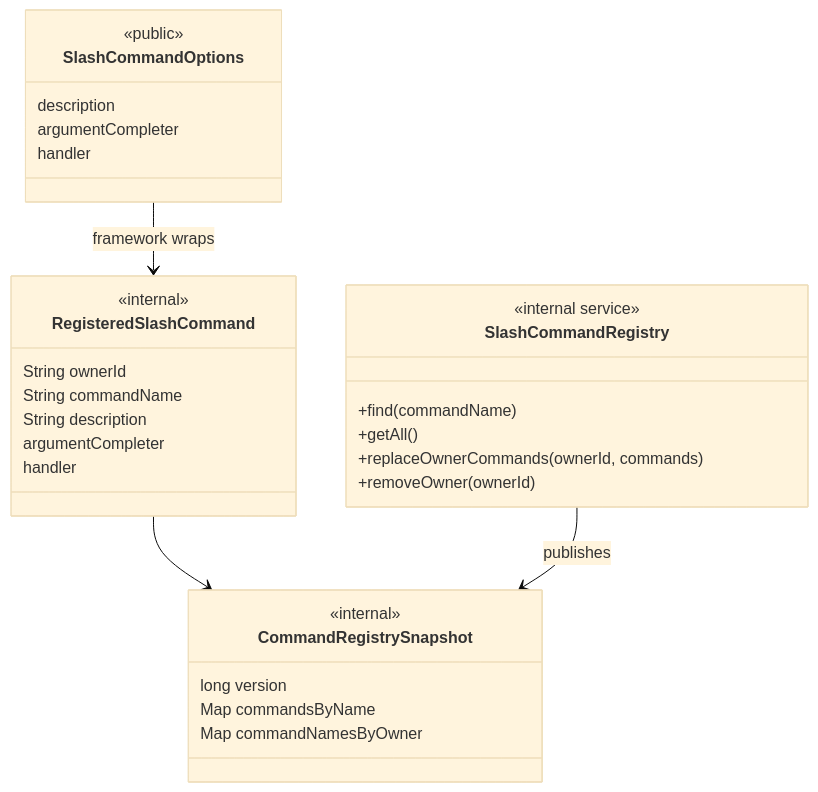
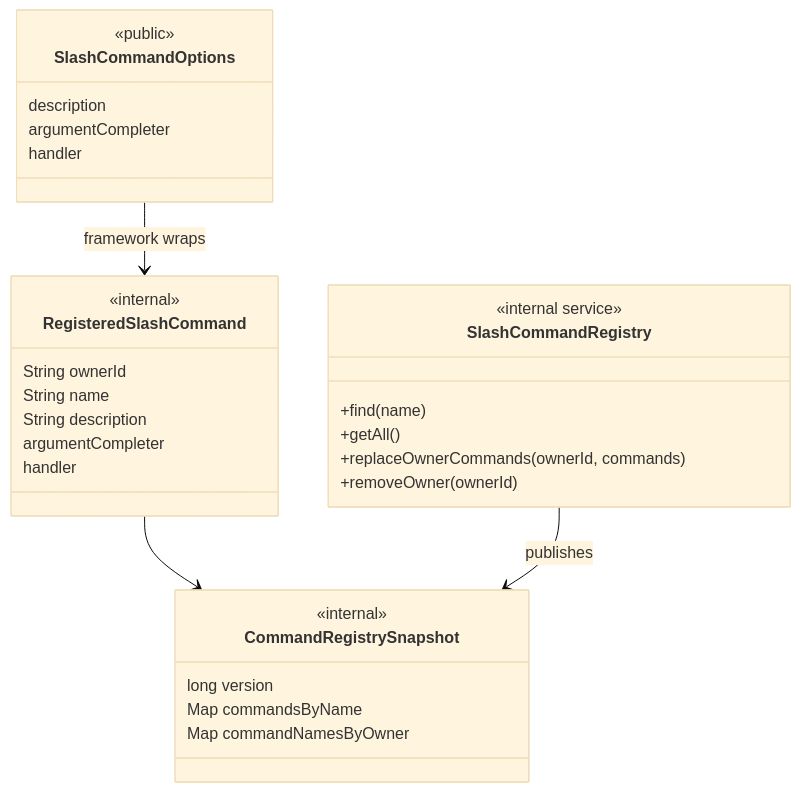
One commit to superheromeZzh/pi-mono-java-design changed the fifth of 20 diagrams in pi-mono-java-extension-command-SR设计.md. Above: the diagram before and after it, drawn with Mermaid (base theme). The commit also changed other lines of this file, not shown here.

Commit message:
docs: use name for command registration

````diff
--- a/pi-mono-java-extension-command-SR设计.md
+++ b/pi-mono-java-extension-command-SR设计.md
@@ -403,37 +403,37 @@
 ```mermaid
 classDiagram
     class SlashCommandOptions {
         <<public>>
         description
         argumentCompleter
         handler
     }
 
     class RegisteredSlashCommand {
         <<internal>>
         String ownerId
-        String commandName
+        String name
         String description
         argumentCompleter
         handler
     }
 
     class CommandRegistrySnapshot {
         <<internal>>
         long version
         Map commandsByName
         Map commandNamesByOwner
     }
 
     class SlashCommandRegistry {
         <<internal service>>
-        +find(commandName)
+        +find(name)
         +getAll()
         +replaceOwnerCommands(ownerId, commands)
         +removeOwner(ownerId)
     }
 
     SlashCommandOptions --> RegisteredSlashCommand : framework wraps
     RegisteredSlashCommand --> CommandRegistrySnapshot
     SlashCommandRegistry --> CommandRegistrySnapshot : publishes
 ```
````
